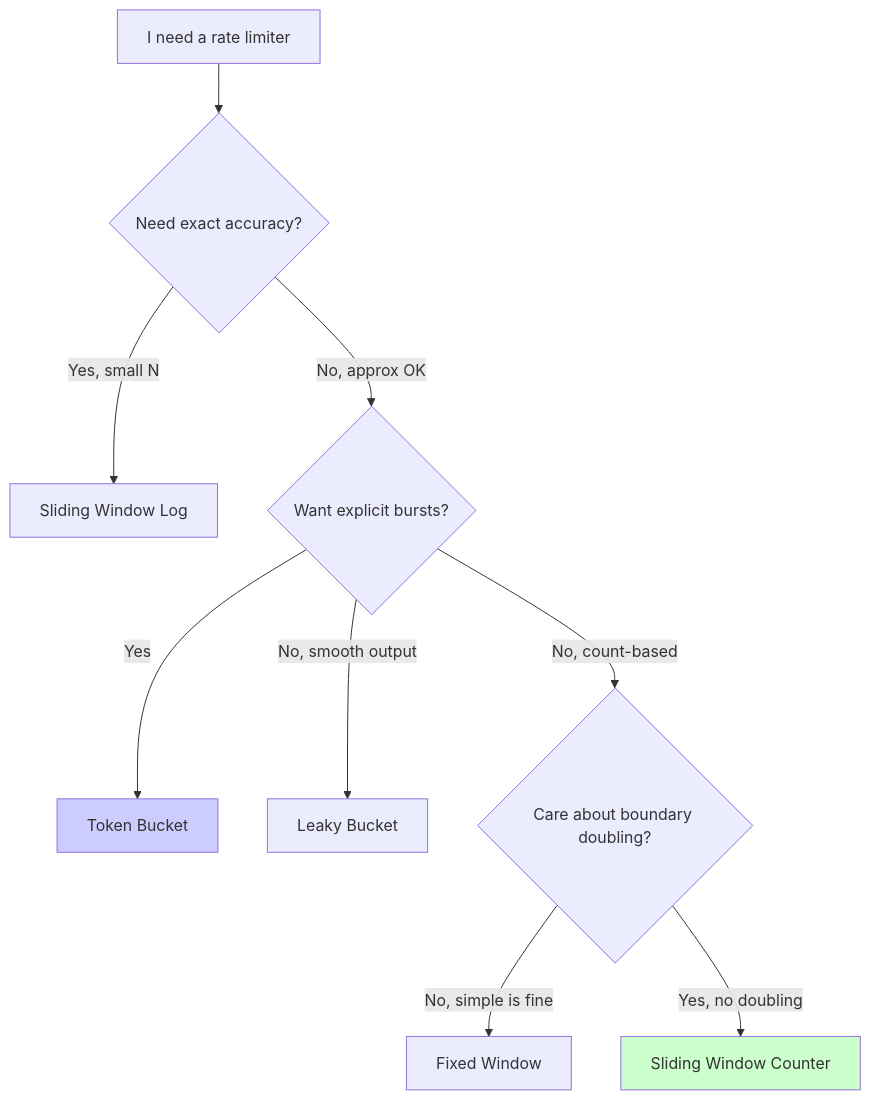
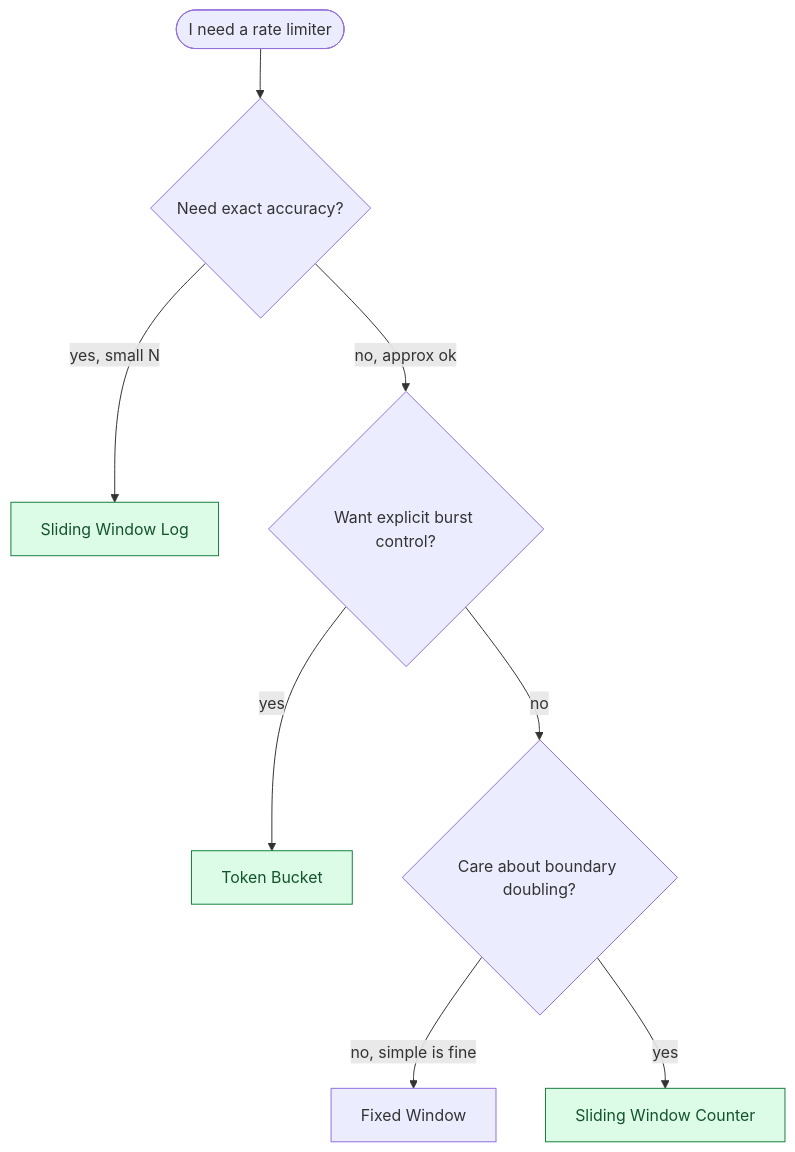
One commit to shiningflash/shiningflash.github.io changed diagram 11 of 15 in _practice/system-design/004-rate-limiter.md. Above: the diagram before and after it, drawn with Mermaid. The commit also changed other lines of this file and 19 other files, not shown here.

````diff
--- a/_practice/system-design/004-rate-limiter.md
+++ b/_practice/system-design/004-rate-limiter.md
@@ -124,14 +382,12 @@
 ```mermaid
 flowchart TD
-    Start[I need a rate limiter] --> Q1{Need exact accuracy?}
-    Q1 -- Yes, small N --> SWLog[Sliding Window Log]
-    Q1 -- No, approx OK --> Q2{Want explicit bursts?}
-    Q2 -- Yes --> TB[Token Bucket]
-    Q2 -- No, smooth output --> LB[Leaky Bucket]
-    Q2 -- No, count-based --> Q3{Care about boundary doubling?}
-    Q3 -- No, simple is fine --> FW[Fixed Window]
-    Q3 -- Yes, no doubling --> SWC[Sliding Window Counter]
+    Start([I need a rate limiter]) --> Q1{"Need exact accuracy?"}
+    Q1 -- yes, small N --> SWLog["Sliding Window Log"]:::ok
+    Q1 -- no, approx ok --> Q2{"Want explicit burst control?"}
+    Q2 -- yes --> TB["Token Bucket"]:::ok
+    Q2 -- no --> Q3{"Care about boundary doubling?"}
+    Q3 -- no, simple is fine --> FW["Fixed Window"]
+    Q3 -- yes --> SWC["Sliding Window Counter"]:::ok
 
-    style SWC fill:#cfc
-    style TB fill:#ccf
+    classDef ok fill:#dcfce7,stroke:#15803d,color:#14532d
 ```
````
